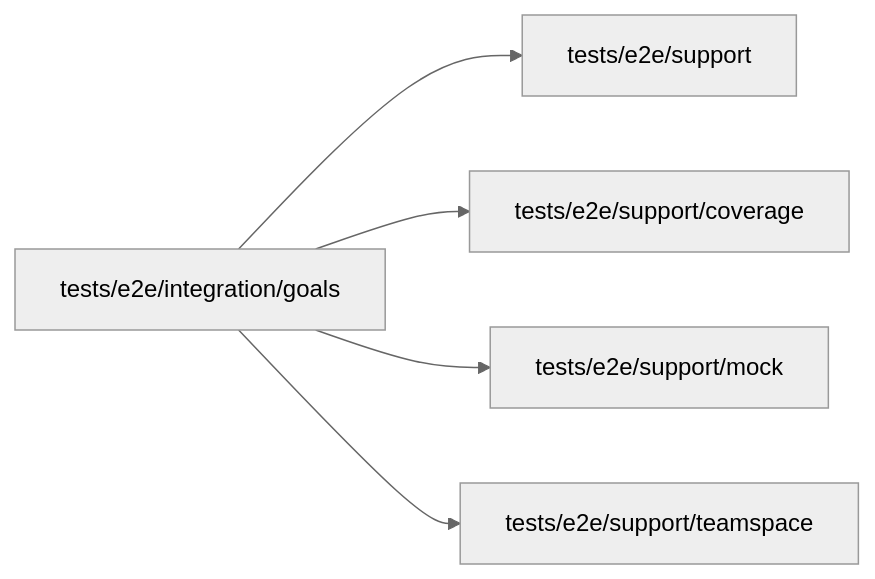
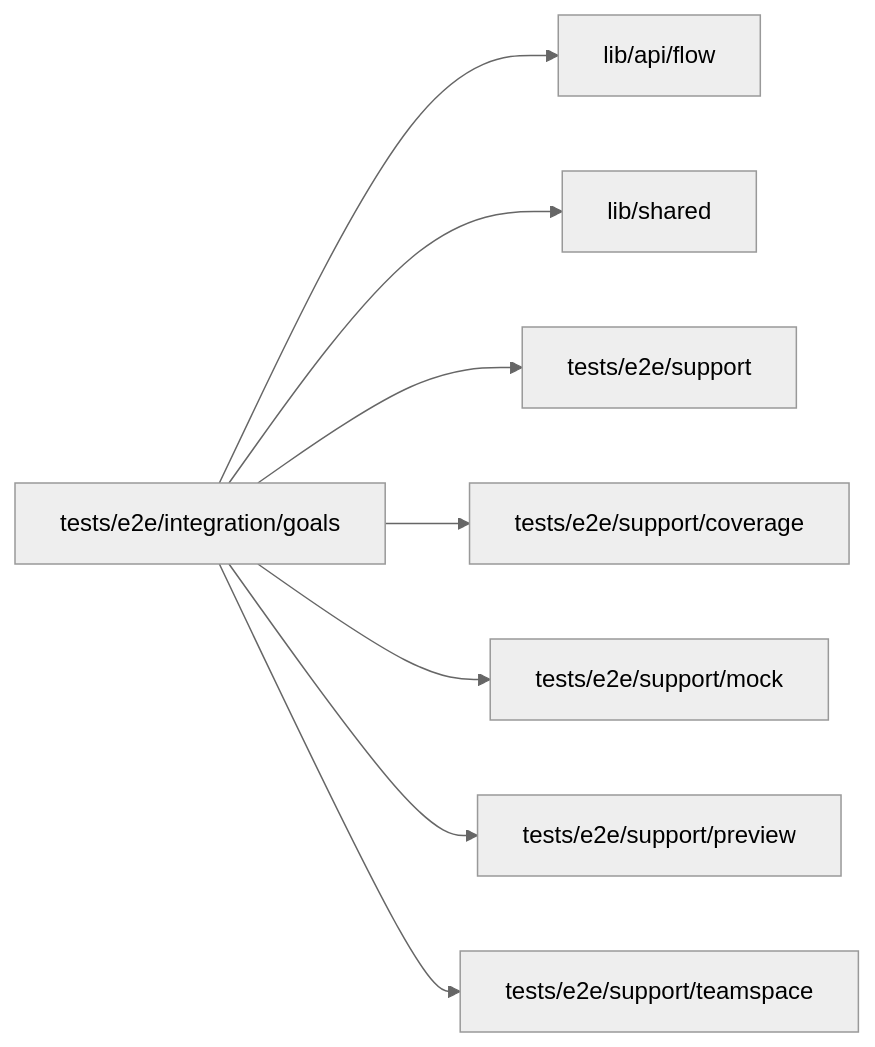
The diagram in web/studio/tests/e2e/integration/goals/README.md (superdurable/superverse), drawn with Mermaid (neutral theme) before and after one commit. The commit also changed other lines of this file and 226 other files, not shown here.

````diff
--- a/web/studio/tests/e2e/integration/goals/README.md
+++ b/web/studio/tests/e2e/integration/goals/README.md
@@ -10,8 +10,11 @@
 ```mermaid
 flowchart LR
   self["tests/e2e/integration/goals"]
-  self --> d0["tests/e2e/support"]
-  self --> d1["tests/e2e/support/coverage"]
-  self --> d2["tests/e2e/support/mock"]
-  self --> d3["tests/e2e/support/teamspace"]
+  self --> d0["lib/api/flow"]
+  self --> d1["lib/shared"]
+  self --> d2["tests/e2e/support"]
+  self --> d3["tests/e2e/support/coverage"]
+  self --> d4["tests/e2e/support/mock"]
+  self --> d5["tests/e2e/support/preview"]
+  self --> d6["tests/e2e/support/teamspace"]
 ```
````
